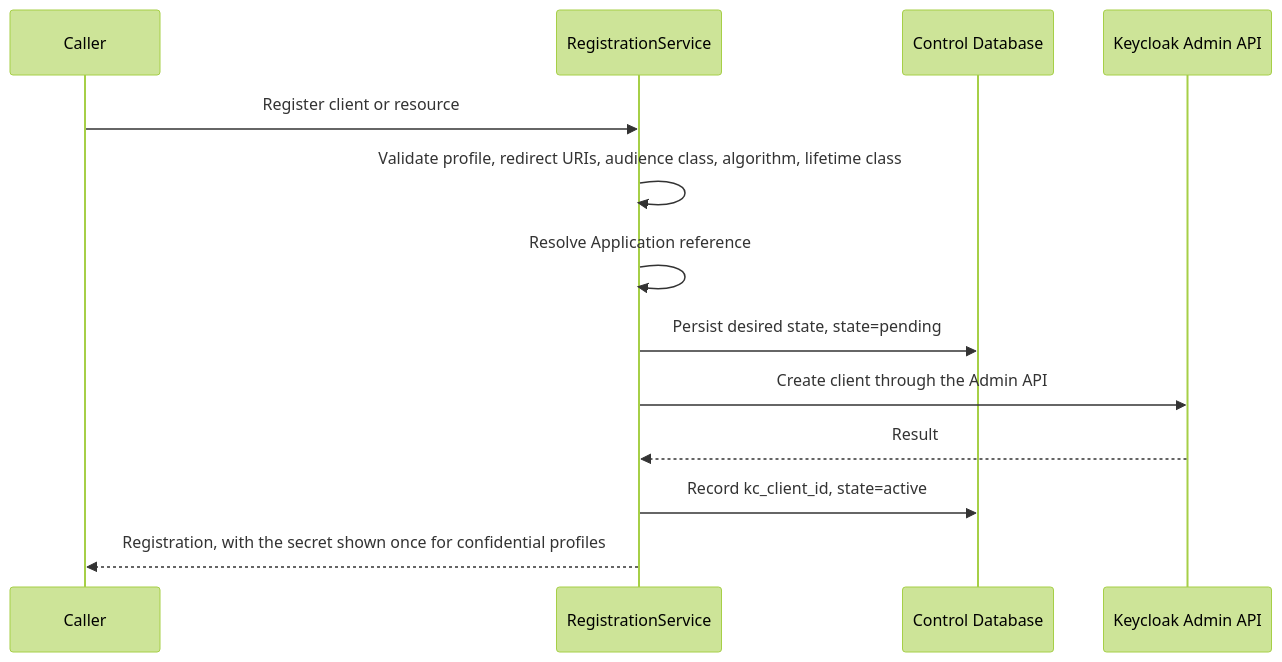
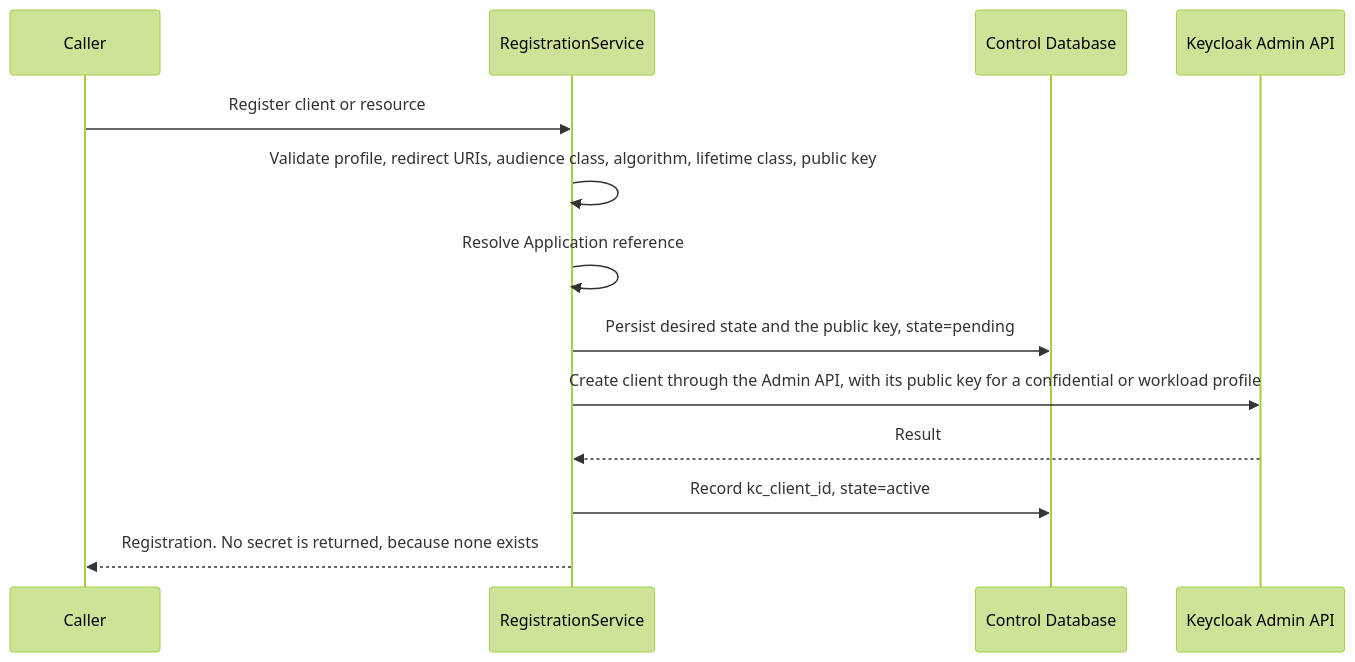
The diagram in docs/designs/TDD-identity-control-003-client-and-resource-registration.md (anshacerbia2/identity-control), drawn with Mermaid (forest theme) before and after one commit. The commit also changed other lines of this file and 4 other files, not shown here.

````diff
--- a/docs/designs/TDD-identity-control-003-client-and-resource-registration.md
+++ b/docs/designs/TDD-identity-control-003-client-and-resource-registration.md
@@ -101,16 +101,16 @@
 ```mermaid
 sequenceDiagram
     participant C as Caller
     participant R as RegistrationService
     participant D as Control Database
     participant K as Keycloak Admin API
 
     C->>R: Register client or resource
-    R->>R: Validate profile, redirect URIs, audience class, algorithm, lifetime class
+    R->>R: Validate profile, redirect URIs, audience class, algorithm, lifetime class, public key
     R->>R: Resolve Application reference
-    R->>D: Persist desired state, state=pending
-    R->>K: Create client through the Admin API
+    R->>D: Persist desired state and the public key, state=pending
+    R->>K: Create client through the Admin API, with its public key for a confidential or workload profile
     K-->>R: Result
     R->>D: Record kc_client_id, state=active
-    R-->>C: Registration, with the secret shown once for confidential profiles
+    R-->>C: Registration. No secret is returned, because none exists
 ```
````
